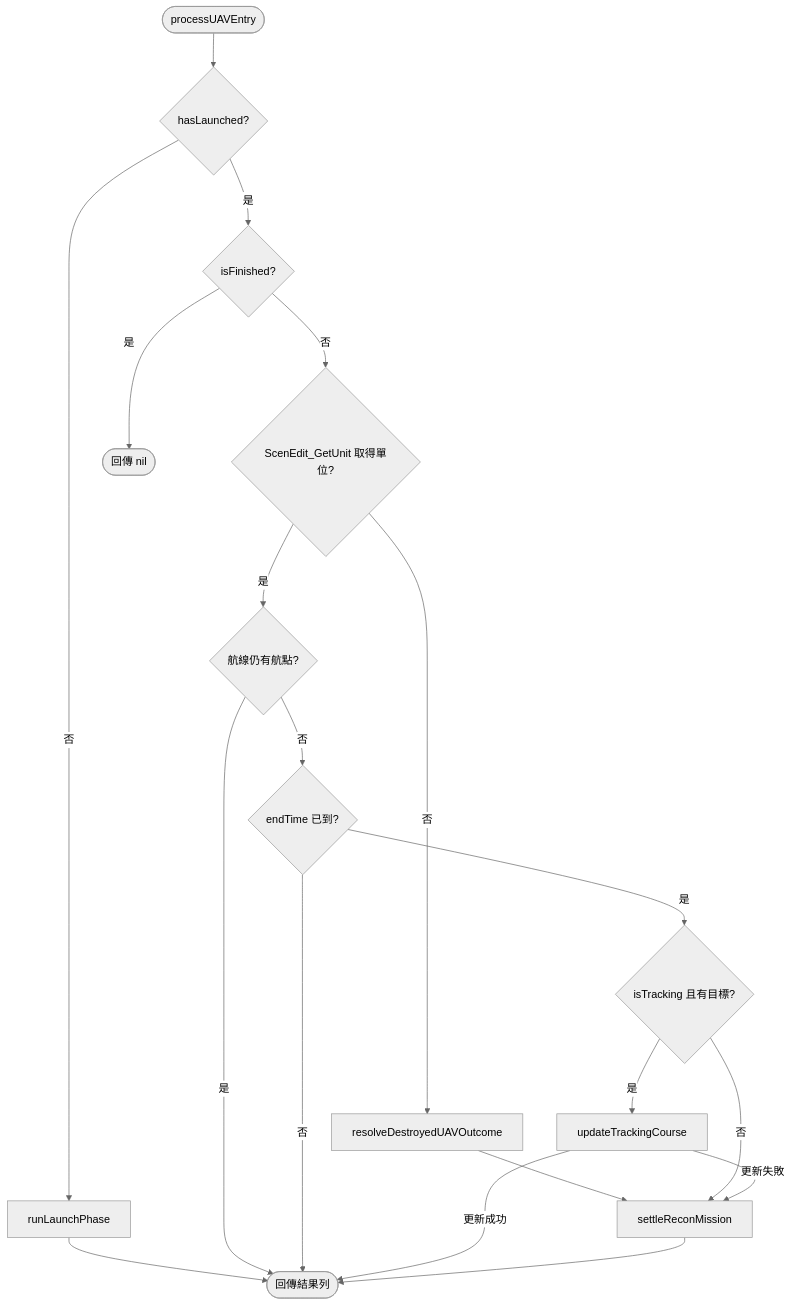
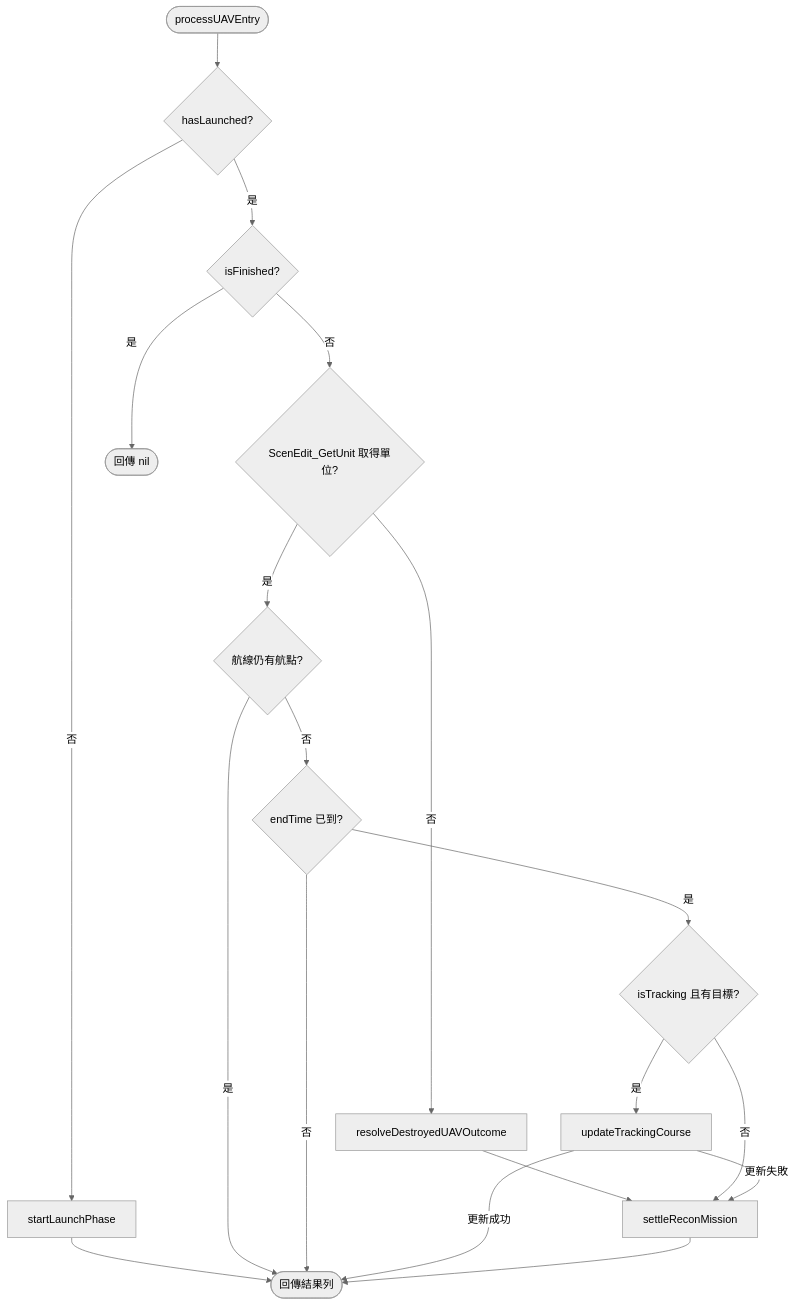
Before and after one commit to pullupjumper/formosa-in-flames: the first of 4 diagrams in docs/strikePlanner/recon.md, drawn with Mermaid (neutral theme). The commit also changed other lines of this file and 93 other files, not shown here.

````diff
--- a/docs/strikePlanner/recon.md
+++ b/docs/strikePlanner/recon.md
@@ -28,33 +28,33 @@
 ```mermaid
 flowchart TD
     START(["processUAVEntry"])
     LAUNCHED{"hasLaunched?"}
-    LAUNCH["runLaunchPhase"]
+    LAUNCH["startLaunchPhase"]
     FINISHED{"isFinished?"}
     ALIVE{"ScenEdit_GetUnit 取得單位?"}
     DESTROYED["resolveDestroyedUAVOutcome"]
     COURSE{"航線仍有航點?"}
     ENDTIME{"endTime 已到?"}
     TRACKING{"isTracking 且有目標?"}
     UPDATE["updateTrackingCourse"]
     SETTLE["settleReconMission"]
     ROW(["回傳結果列"])
     NOROW(["回傳 nil"])
 
     START --> LAUNCHED
     LAUNCHED -->|否| LAUNCH --> ROW
     LAUNCHED -->|是| FINISHED
     FINISHED -->|是| NOROW
     FINISHED -->|否| ALIVE
     ALIVE -->|否| DESTROYED --> SETTLE
     ALIVE -->|是| COURSE
     COURSE -->|是| ROW
     COURSE -->|否| ENDTIME
     ENDTIME -->|否| ROW
     ENDTIME -->|是| TRACKING
     TRACKING -->|否| SETTLE
     TRACKING -->|是| UPDATE
     UPDATE -->|更新成功| ROW
     UPDATE -->|更新失敗| SETTLE
     SETTLE --> ROW
 ```
````
